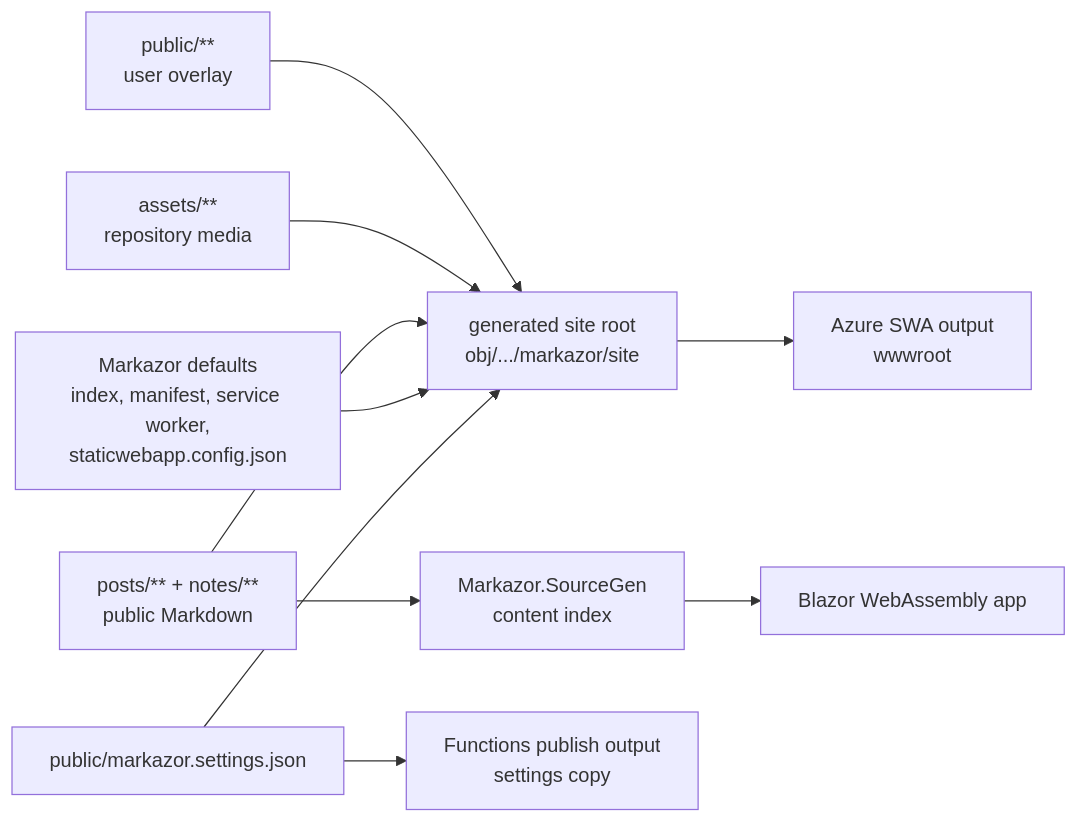
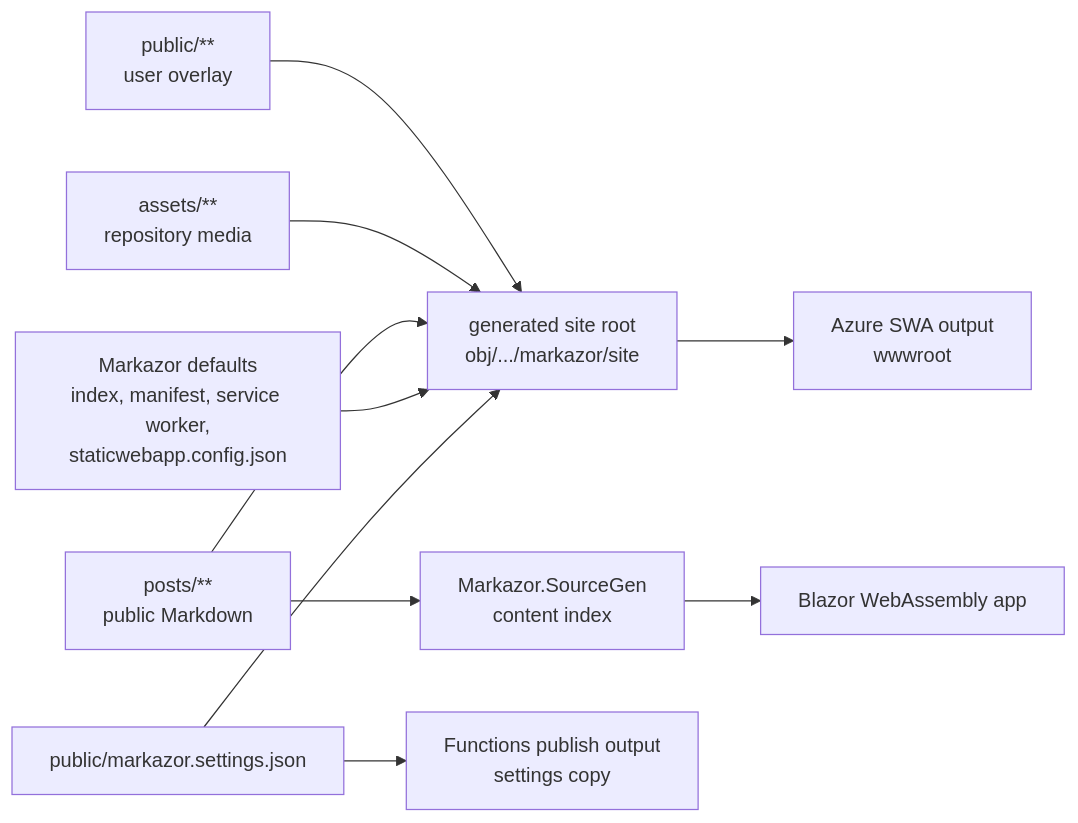
Before and after one commit to cloris-chan/Markazor: the second of 3 diagrams in README.md, drawn with Mermaid. The commit also changed other lines of this file and 48 other files, not shown here.

````diff
--- a/README.md
+++ b/README.md
@@ -76,12 +76,12 @@
 ```mermaid
 flowchart LR
     P["public/**<br/>user overlay"] --> G["generated site root<br/>obj/.../markazor/site"]
     A["assets/**<br/>repository media"] --> G
-    C["posts/** + notes/**<br/>public Markdown"] --> SG["Markazor.SourceGen<br/>content index"]
+    C["posts/**<br/>public Markdown"] --> SG["Markazor.SourceGen<br/>content index"]
     C --> G
     D["Markazor defaults<br/>index, manifest, service worker,<br/>staticwebapp.config.json"] --> G
     S["public/markazor.settings.json"] --> G
     S --> F["Functions publish output<br/>settings copy"]
     SG --> W["Blazor WebAssembly app"]
     G --> O["Azure SWA output<br/>wwwroot"]
 ```
````
